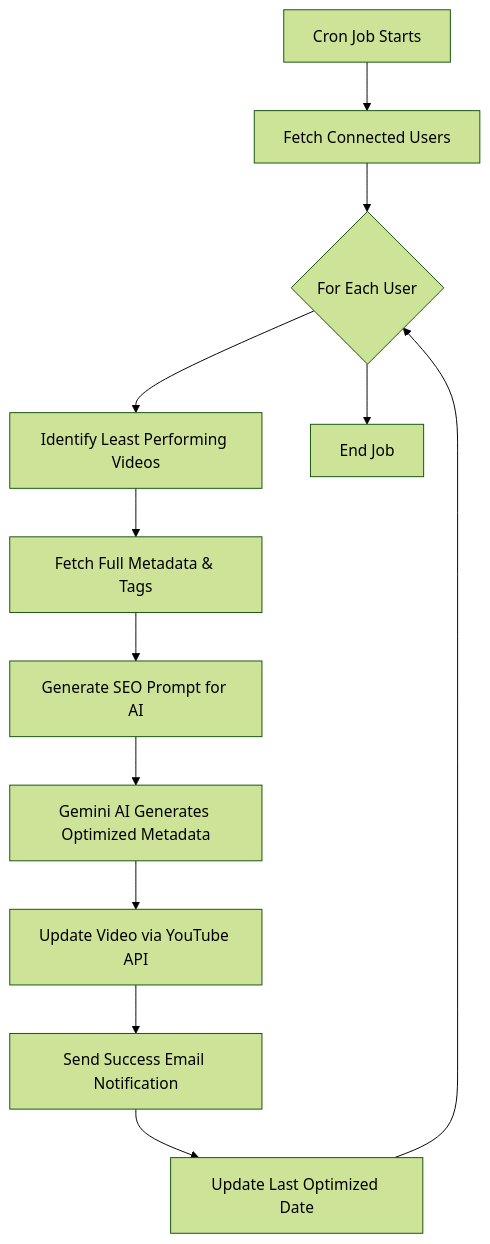
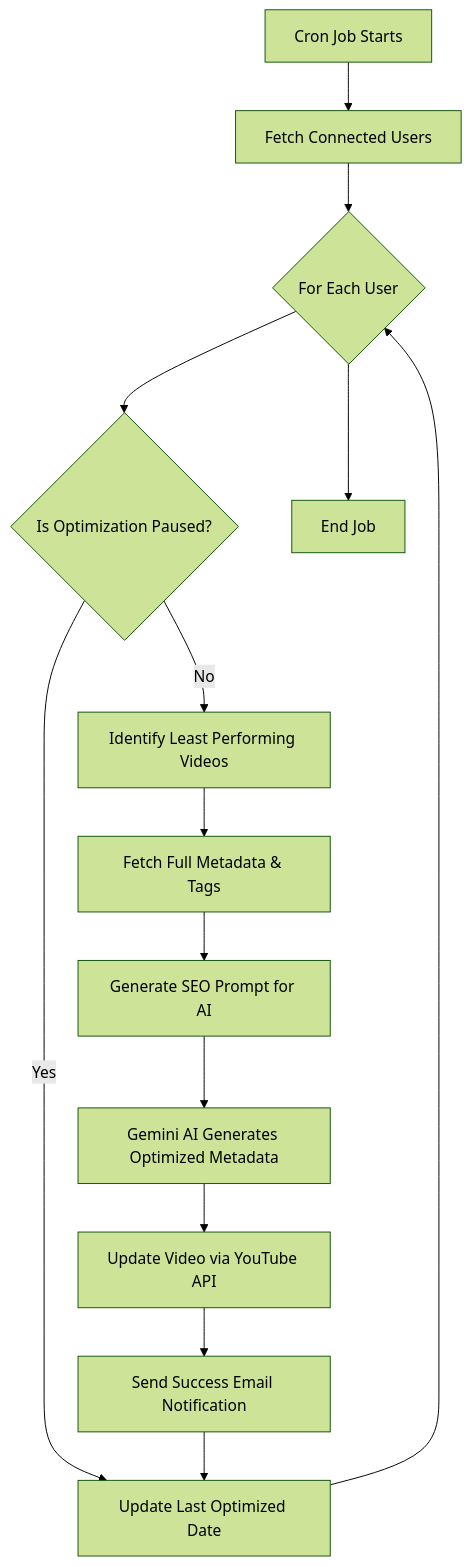
One commit to abhinathtiwari/SEOTube changed the diagram in README.md. Above: the diagram before and after it, drawn with Mermaid (forest theme). The commit also changed other lines of this file, not shown here.

Commit message:
[modify] Graph Fix The graph was missing a very important step when user has stoped the job for him.

````diff
--- a/README.md
+++ b/README.md
@@ -63,14 +63,16 @@
 ```mermaid
 graph TD
     A[Cron Job Starts] --> B[Fetch Connected Users]
     B --> C{For Each User}
-    C --> D[Identify Least Performing Videos]
-    D --> E[Fetch Full Metadata & Tags]
-    E --> F[Generate SEO Prompt for AI]
-    F --> G[Gemini AI Generates Optimized Metadata]
-    G --> H[Update Video via YouTube API]
-    H --> I[Send Success Email Notification]
-    I --> J[Update Last Optimized Date]
+    C --> D{Is Optimization Paused?}
+    D -- Yes --> J
+    D -- No --> E[Identify Least Performing Videos]
+    E --> F[Fetch Full Metadata & Tags]
+    F --> G[Generate SEO Prompt for AI]
+    G --> H[Gemini AI Generates Optimized Metadata]
+    H --> I[Update Video via YouTube API]
+    I --> K[Send Success Email Notification]
+    K --> J[Update Last Optimized Date]
     J --> C
-    C --> K[End Job]
+    C --> L[End Job]
 ```
````
